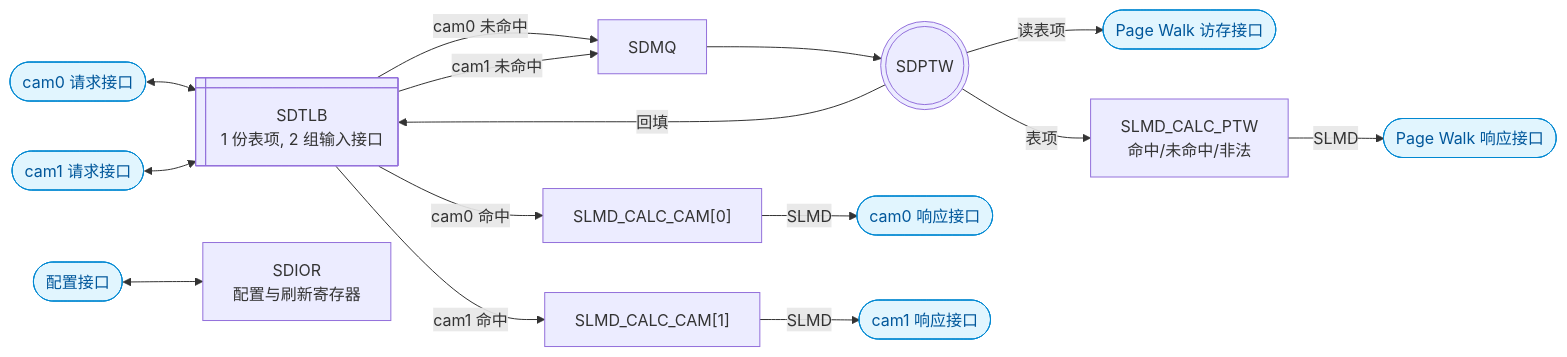
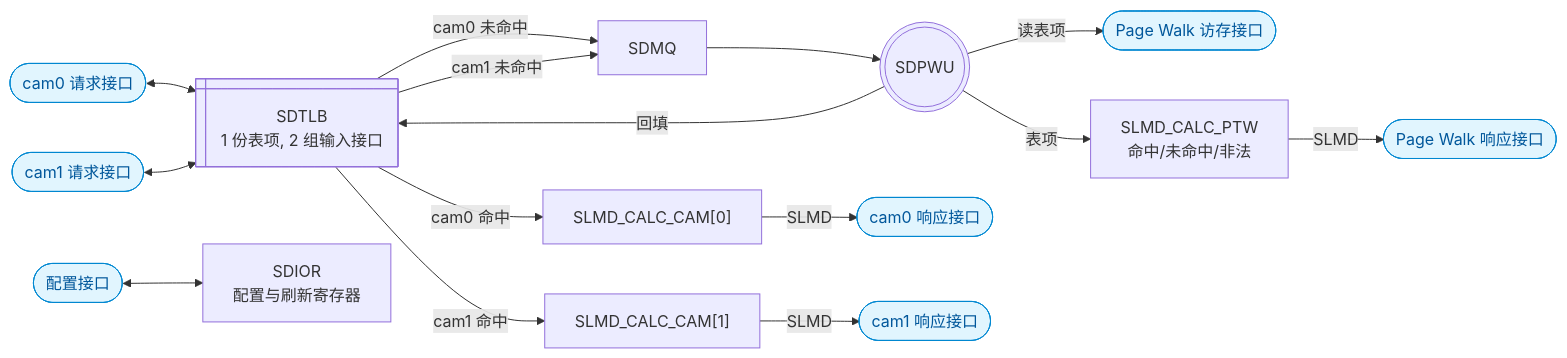
The second of 3 diagrams in doc/design_plan/SDecoder设计方案/SDecoder 设计方案 v0.9.md (DuBirdFly/C1_SDecoder), drawn with Mermaid before and after one commit. The commit also changed other lines of this file, not shown here.

Commit message:
docs(design): SDPTW 改名为 SDPWU, 状态机补充置无效条目旁路与先弹当前条目

````diff
--- a/doc/design_plan/SDecoder设计方案/SDecoder 设计方案 v0.9.md
+++ b/doc/design_plan/SDecoder设计方案/SDecoder 设计方案 v0.9.md
@@ -76,21 +75,21 @@
 ```mermaid
 flowchart LR
     TLB@{ shape: win-pane, label: "SDTLB<br/>1 份表项, 2 组输入接口" }
     REQ0(["cam0 请求接口"]) <--> TLB
     REQ1(["cam1 请求接口"]) <--> TLB
     TLB -->|"cam0 命中"| CALC0["SLMD_CALC_CAM[0]"]
     TLB -->|"cam1 命中"| CALC1["SLMD_CALC_CAM[1]"]
     TLB -->|"cam0 未命中"| SDMQ["SDMQ"]
     TLB -->|"cam1 未命中"| SDMQ
-    SDMQ --> PTW
-    PTW@{ shape: dbl-circ, label: "SDPTW" }
-    PTW -->|"读表项"| TW(["Page Walk 访存接口"])
-    PTW -->|"回填"| TLB
-    PTW -->|"表项"| CALC2["SLMD_CALC_PTW<br/>命中/未命中/非法"]
+    SDMQ --> PWU
+    PWU@{ shape: dbl-circ, label: "SDPWU" }
+    PWU -->|"读表项"| TW(["Page Walk 访存接口"])
+    PWU -->|"回填"| TLB
+    PWU -->|"表项"| CALC2["SLMD_CALC_PTW<br/>命中/未命中/非法"]
     CALC0 -->|"SLMD"| RSP0(["cam0 响应接口"])
     CALC1 -->|"SLMD"| RSP1(["cam1 响应接口"])
     CALC2 -->|"SLMD"| PWRSP(["Page Walk 响应接口"])
     CFG(["配置接口"]) <--> SDIOR["SDIOR<br/>配置与刷新寄存器"]
     classDef iface fill:#e1f5fe,stroke:#0288d1,color:#01579b
     class REQ0,REQ1,TW,RSP0,RSP1,PWRSP,CFG iface
 ```
````
